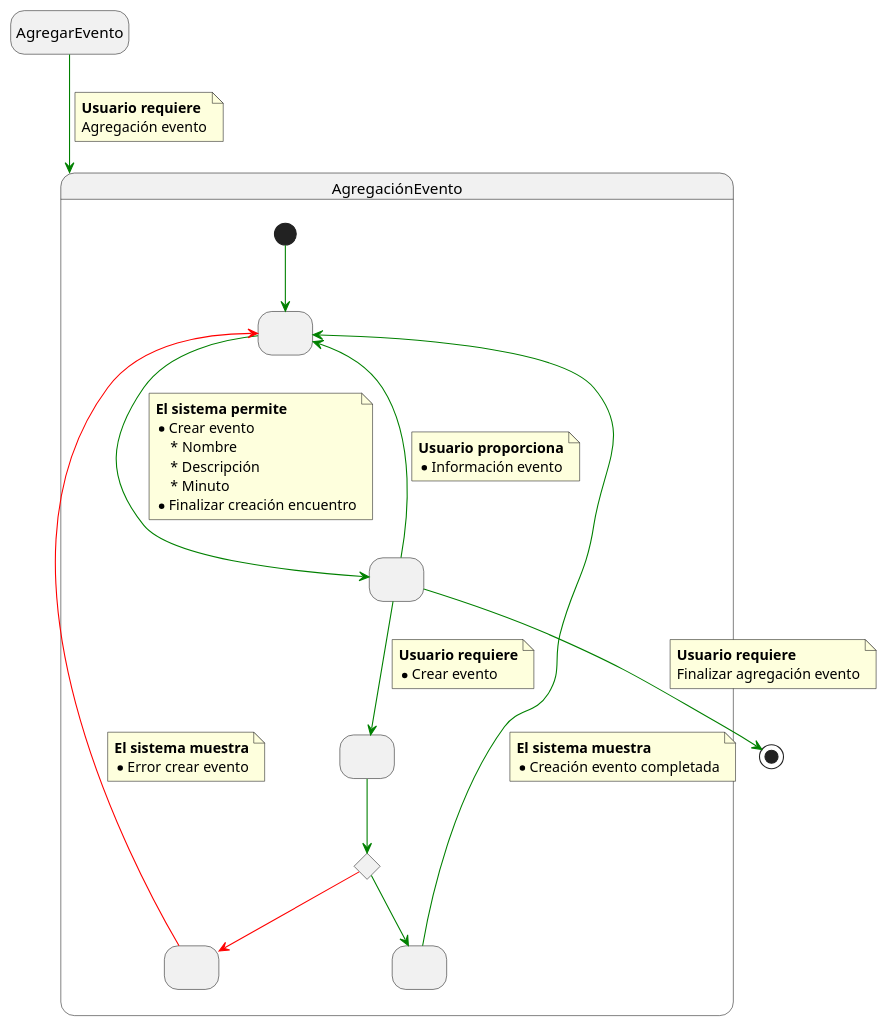
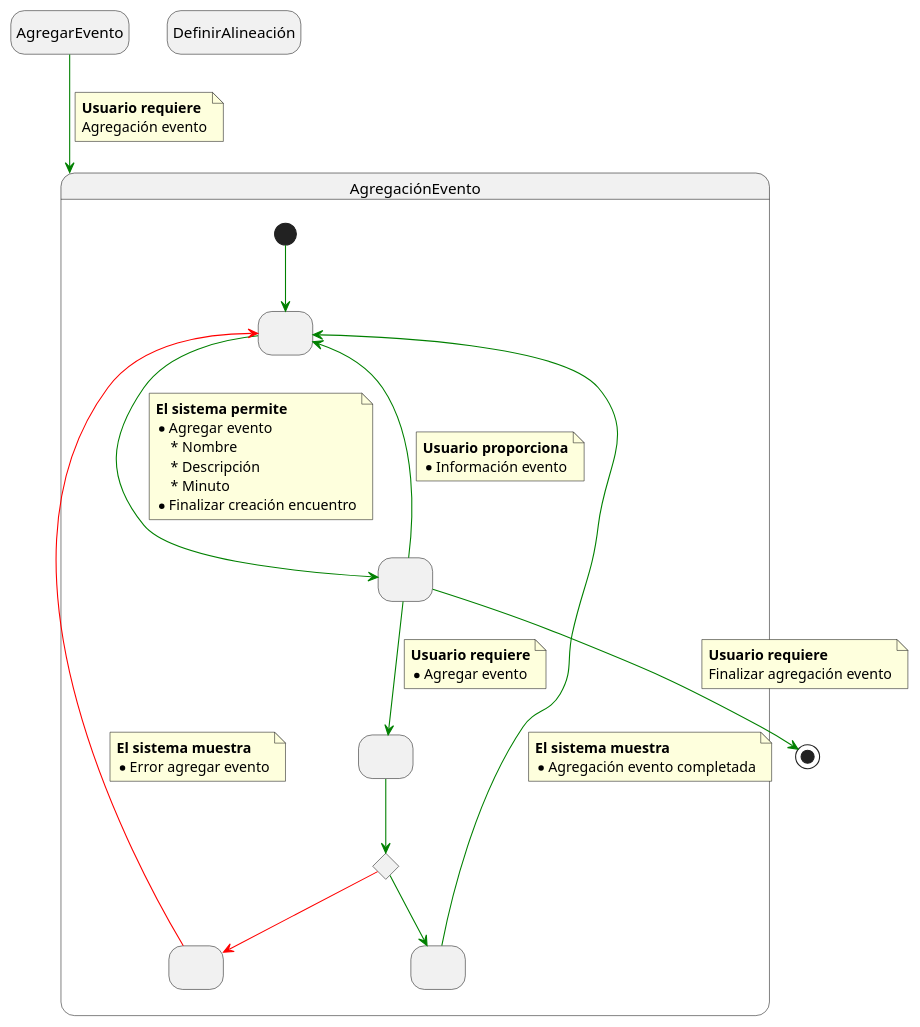
Before and after one commit to mmasias/IdSw1-22-23: the diagram in actividades/002-appFutbol/RuizJavier/CasosDeUsoDetallados/Códigos/AgregarEvento.puml, drawn with PlantUML.

```diff
--- a/actividades/002-appFutbol/RuizJavier/CasosDeUsoDetallados/Códigos/AgregarEvento.puml
+++ b/actividades/002-appFutbol/RuizJavier/CasosDeUsoDetallados/Códigos/AgregarEvento.puml
@@ -1,82 +1,82 @@
 @startuml 
 
 hide empty description
 
-State AgregarEvento
+State DefinirAlineación
 
 State AgregaciónEvento{ 
 
   State state1 as " "
   State state2 as " "
   State state3 as " "
   State state4 as " "
   State state5 as " "
 
 
   state c <<choice>>
 
   [*] -[#green]-> state1
 
   state1-[#green]-> state2
 
   note on link 
     <b>El sistema permite
-    * Crear evento
+    * Agregar evento
         * Nombre
         * Descripción
         * Minuto
     * Finalizar creación encuentro
   end note
 
   state2 -[#green]-> state1
  
   note on link 
     <b>Usuario proporciona
     * Información evento
   end note
 
   state2 -[#green]-> state3
   
   note on link 
     <b>Usuario requiere
-    * Crear evento
+    * Agregar evento
   end note
 
   state3 -[#green]-> c
 
   c -[#green]-> state4
 
   state4 -[#green]-> state1
   
   note on link 
     <b>El sistema muestra
-    * Creación evento completada
+    * Agregación evento completada
   end note
 
   c-[#red]-> state5
 
   state5 -l[#red]-> state1
 
   note on link 
     <b>El sistema muestra
-    * Error crear evento
+    * Error agregar evento
   end note
 
 
 } 
 
 AgregarEvento-[#green]-> AgregaciónEvento
 
 note on link
  <b>Usuario requiere
  Agregación evento
 end note
 
 state2 -[#green]-> [*] 
 
 note on link
  <b>Usuario requiere
  Finalizar agregación evento
 end note
 
 @enduml
```
